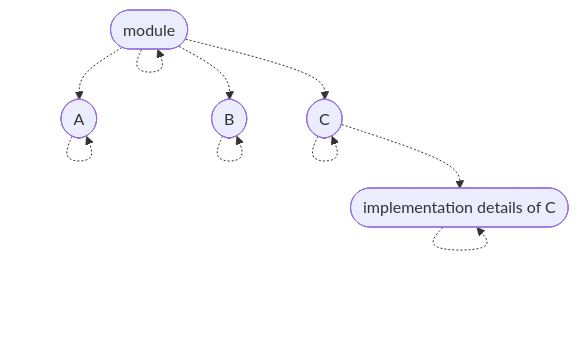
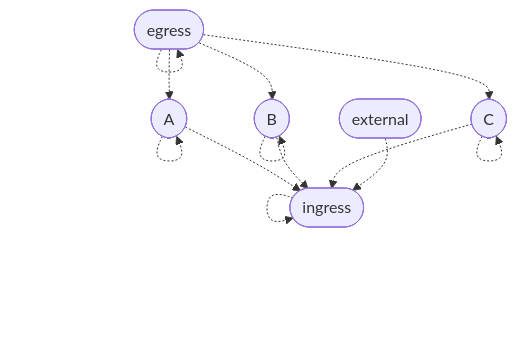
Before and after one commit to stepchowfun/proofs: diagram 22 of 25 in proofs/AdmissibilityGraph/README.md, drawn with Mermaid. The commit also changed other lines of this file, not shown here.

Commit message:
Flesh out the admissibility graph patterns

````diff
--- a/proofs/AdmissibilityGraph/README.md
+++ b/proofs/AdmissibilityGraph/README.md
@@ -397,18 +431,22 @@
 ```mermaid
 flowchart TD
-  m([module])
+  e([egress])
+  i([ingress])
   a([A])
   b([B])
   c([C])
-  i([implementation details of C])
+  z([external])
 
-  m -.-> m
+  e -.-> e
+  i -.-> i
   a -.-> a
   b -.-> b
   c -.-> c
-  i -.-> i
-  m -.-> a
-  m -.-> b
-  m -.-> c
+  e -.-> a
+  e -.-> b
+  e -.-> c
+  a -.-> i
+  b -.-> i
   c -.-> i
+  z -.-> i
 ```
````
